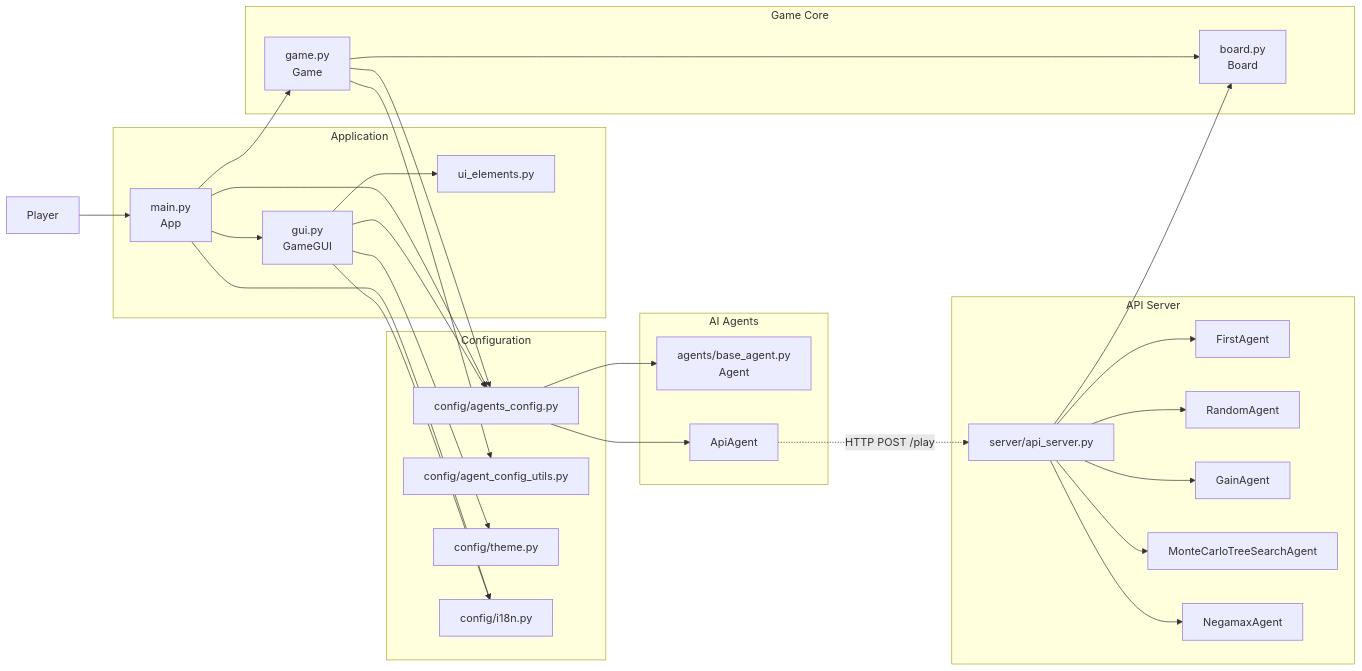
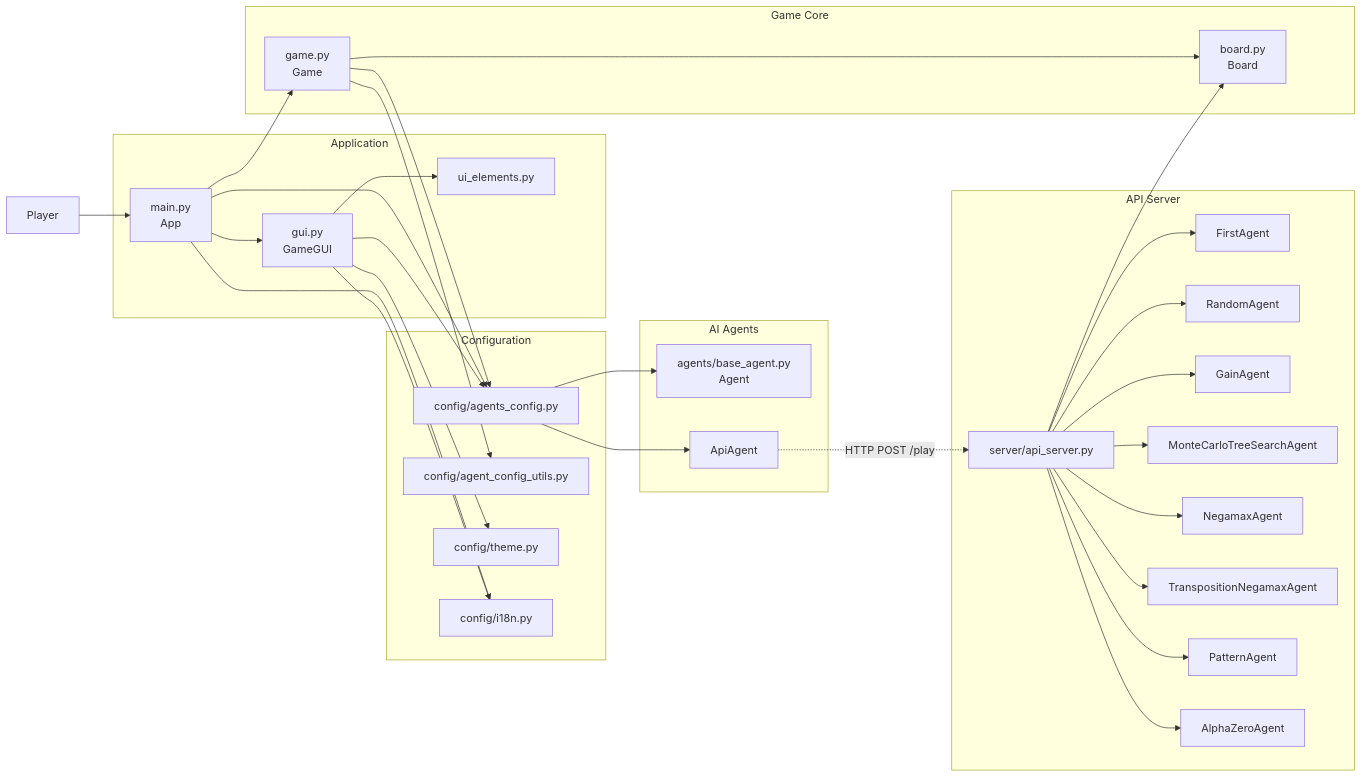
The first of 2 diagrams in reversi-py/README.md (katoy/study-gemini2), drawn with Mermaid before and after one commit. The commit also changed other lines of this file and 111 other files, not shown here.

````diff
--- a/reversi-py/README.md
+++ b/reversi-py/README.md
@@ -33,62 +36,68 @@
 ```mermaid
 flowchart LR
     User[Player]
 
     subgraph App["Application"]
         Main["main.py<br/>App"]
         GUI["gui.py<br/>GameGUI"]
         UIE["ui_elements.py"]
     end
 
     subgraph Core["Game Core"]
         Game["game.py<br/>Game"]
         Board["board.py<br/>Board"]
     end
 
     subgraph Agents["AI Agents"]
         Base["agents/base_agent.py<br/>Agent"]
         API["ApiAgent"]
     end
 
     subgraph Config["Configuration"]
         AgentsCfg["config/agents_config.py"]
         Params["config/agent_config_utils.py"]
         Theme["config/theme.py"]
         I18n["config/i18n.py"]
     end
 
     subgraph Server["API Server"]
         APIServer["server/api_server.py"]
         First["FirstAgent"]
         Random["RandomAgent"]
         Gain["GainAgent"]
         MCTS["MonteCarloTreeSearchAgent"]
         Negamax["NegamaxAgent"]
+        Transposition["TranspositionNegamaxAgent"]
+        Pattern["PatternAgent"]
+        AlphaZero["AlphaZeroAgent"]
     end
 
     User --> Main
     Main --> GUI
     Main --> Game
     Main --> I18n
     Main --> AgentsCfg
 
     GUI --> UIE
     GUI --> Theme
     GUI --> AgentsCfg
     GUI --> I18n
 
     Game --> Board
     Game --> AgentsCfg
     Game --> Params
 
     AgentsCfg --> Base
     AgentsCfg --> API
 
     API -.->|HTTP POST /play| APIServer
     APIServer --> First
     APIServer --> Random
     APIServer --> Gain
     APIServer --> MCTS
     APIServer --> Negamax
+    APIServer --> Transposition
+    APIServer --> Pattern
+    APIServer --> AlphaZero
     APIServer --> Board
 ```
````
